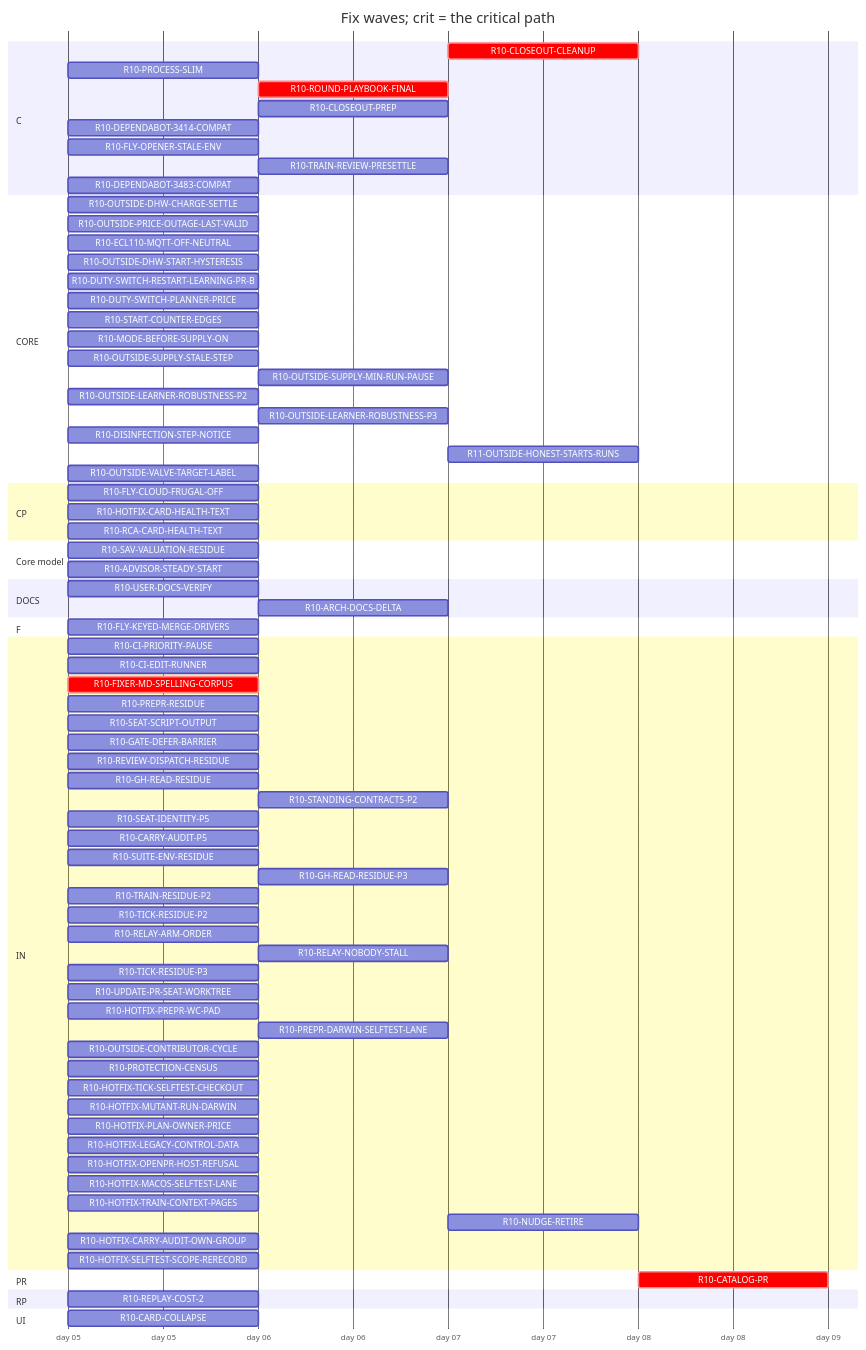
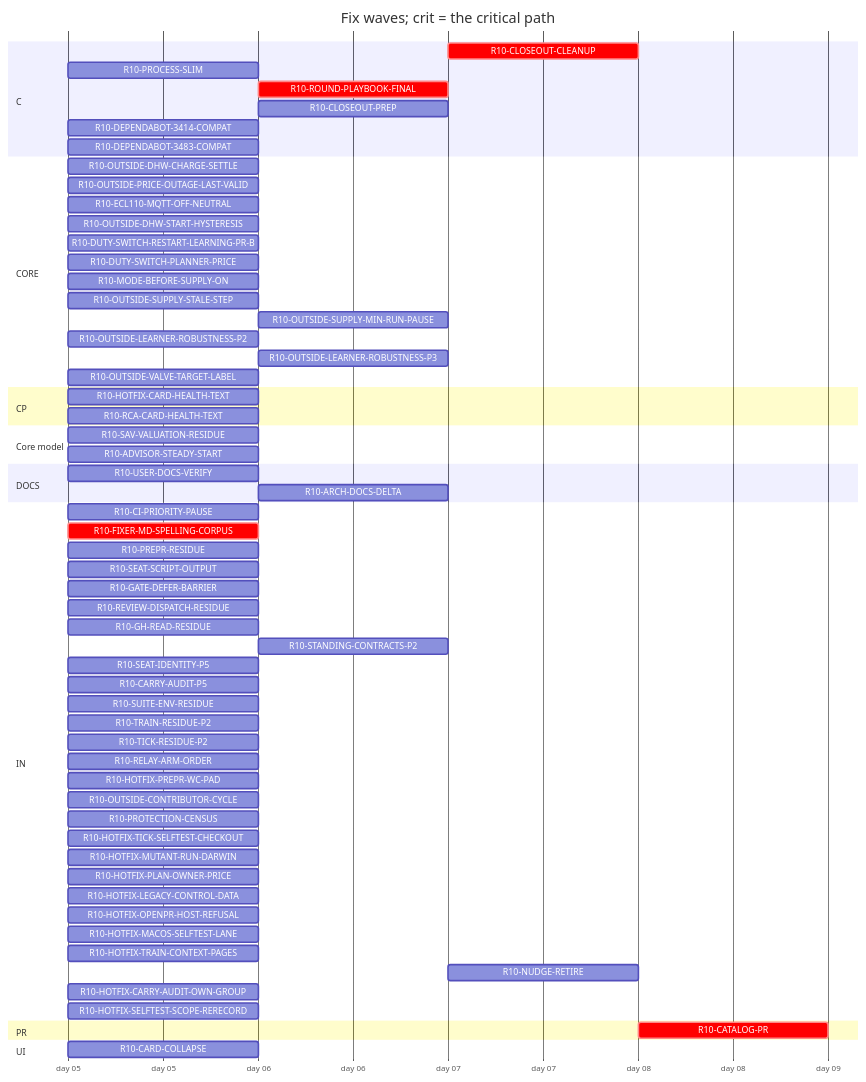
One commit to tvofi/heatpump_optimizer changed the diagram in handoff/round10/state/PLAN-TABLE.md. Above: the diagram before and after it, drawn with Mermaid. The commit also changed other lines of this file and 4 other files, not shown here.

Commit message:
state: FLOW-BOARD.md, NEXT-SESSION-PROMPT.md, PLAN-TABLE.md, PLAN.html, RESUME-CURRENT.md regenerated (state_docs.py)

````diff
--- a/handoff/round10/state/PLAN-TABLE.md
+++ b/handoff/round10/state/PLAN-TABLE.md
@@ -31,8 +29,6 @@
     R10-ROUND-PLAYBOOK-FINAL :crit, r10ROUNDPLAYBOOKFINAL, after r10FIXERMDSPELLINGCORPUS, 1d
     R10-CLOSEOUT-PREP :r10CLOSEOUTPREP, after r10FIXERMDSPELLINGCORPUS, 1d
     R10-DEPENDABOT-3414-COMPAT :r10DEPENDABOT3414COMPAT, 2026-01-05, 1d
-    R10-FLY-OPENER-STALE-ENV :r10FLYOPENERSTALEENV, 2026-01-05, 1d
-    R10-TRAIN-REVIEW-PRESETTLE :r10TRAINREVIEWPRESETTLE, after r10TRAINRESIDUEP2, 1d
     R10-DEPENDABOT-3483-COMPAT :r10DEPENDABOT3483COMPAT, 2026-01-05, 1d
   section CORE
     R10-OUTSIDE-DHW-CHARGE-SETTLE :r10OUTSIDEDHWCHARGESETTLE, 2026-01-05, 1d
@@ -41,17 +37,13 @@
     R10-OUTSIDE-DHW-START-HYSTERESIS :r10OUTSIDEDHWSTARTHYSTERESIS, 2026-01-05, 1d
     R10-DUTY-SWITCH-RESTART-LEARNING-PR-B :r10DUTYSWITCHRESTARTLEARNINGPRB, 2026-01-05, 1d
     R10-DUTY-SWITCH-PLANNER-PRICE :r10DUTYSWITCHPLANNERPRICE, 2026-01-05, 1d
-    R10-START-COUNTER-EDGES :r10STARTCOUNTEREDGES, 2026-01-05, 1d
     R10-MODE-BEFORE-SUPPLY-ON :r10MODEBEFORESUPPLYON, 2026-01-05, 1d
     R10-OUTSIDE-SUPPLY-STALE-STEP :r10OUTSIDESUPPLYSTALESTEP, 2026-01-05, 1d
     R10-OUTSIDE-SUPPLY-MIN-RUN-PAUSE :r10OUTSIDESUPPLYMINRUNPAUSE, after r10OUTSIDESUPPLYSTALESTEP, 1d
     R10-OUTSIDE-LEARNER-ROBUSTNESS-P2 :r10OUTSIDELEARNERROBUSTNESSP2, 2026-01-05, 1d
     R10-OUTSIDE-LEARNER-ROBUSTNESS-P3 :r10OUTSIDELEARNERROBUSTNESSP3, after r10OUTSIDELEARNERROBUSTNESSP2, 1d
-    R10-DISINFECTION-STEP-NOTICE :r10DISINFECTIONSTEPNOTICE, 2026-01-05, 1d
-    R11-OUTSIDE-HONEST-STARTS-RUNS :r11OUTSIDEHONESTSTARTSRUNS, after r10DUTYSWITCHPLANNERPRICE r10OUTSIDEDHWSTARTHYSTERESIS r10OUTSIDESUPPLYMINRUNPAUSE r10ADVISORSTEADYSTART, 1d
     R10-OUTSIDE-VALVE-TARGET-LABEL :r10OUTSIDEVALVETARGETLABEL, 2026-01-05, 1d
   section CP
-    R10-FLY-CLOUD-FRUGAL-OFF :r10FLYCLOUDFRUGALOFF, 2026-01-05, 1d
     R10-HOTFIX-CARD-HEALTH-TEXT :r10HOTFIXCARDHEALTHTEXT, 2026-01-05, 1d
     R10-RCA-CARD-HEALTH-TEXT :r10RCACARDHEALTHTEXT, 2026-01-05, 1d
   section Core model
@@ -60,11 +52,8 @@
   section DOCS
     R10-USER-DOCS-VERIFY :r10USERDOCSVERIFY, 2026-01-05, 1d
     R10-ARCH-DOCS-DELTA :r10ARCHDOCSDELTA, after r10SAVVALUATIONRESIDUE r10ADVISORSTEADYSTART r10PROCESSSLIM, 1d
-  section F
-    R10-FLY-KEYED-MERGE-DRIVERS :r10FLYKEYEDMERGEDRIVERS, 2026-01-05, 1d
   section IN
     R10-CI-PRIORITY-PAUSE :r10CIPRIORITYPAUSE, 2026-01-05, 1d
-    R10-CI-EDIT-RUNNER :r10CIEDITRUNNER, 2026-01-05, 1d
     R10-FIXER-MD-SPELLING-CORPUS :crit, r10FIXERMDSPELLINGCORPUS, 2026-01-05, 1d
     R10-PREPR-RESIDUE :r10PREPRRESIDUE, 2026-01-05, 1d
     R10-SEAT-SCRIPT-OUTPUT :r10SEATSCRIPTOUTPUT, 2026-01-05, 1d
@@ -75,15 +64,10 @@
     R10-SEAT-IDENTITY-P5 :r10SEATIDENTITYP5, 2026-01-05, 1d
     R10-CARRY-AUDIT-P5 :r10CARRYAUDITP5, 2026-01-05, 1d
     R10-SUITE-ENV-RESIDUE :r10SUITEENVRESIDUE, 2026-01-05, 1d
-    R10-GH-READ-RESIDUE-P3 :r10GHREADRESIDUEP3, after r10GHREADRESIDUE, 1d
     R10-TRAIN-RESIDUE-P2 :r10TRAINRESIDUEP2, 2026-01-05, 1d
     R10-TICK-RESIDUE-P2 :r10TICKRESIDUEP2, 2026-01-05, 1d
     R10-RELAY-ARM-ORDER :r10RELAYARMORDER, 2026-01-05, 1d
-    R10-RELAY-NOBODY-STALL :r10RELAYNOBODYSTALL, after r10RELAYARMORDER r10REVIEWDISPATCHRESIDUE, 1d
-    R10-TICK-RESIDUE-P3 :r10TICKRESIDUEP3, 2026-01-05, 1d
-    R10-UPDATE-PR-SEAT-WORKTREE :r10UPDATEPRSEATWORKTREE, 2026-01-05, 1d
     R10-HOTFIX-PREPR-WC-PAD :r10HOTFIXPREPRWCPAD, 2026-01-05, 1d
-    R10-PREPR-DARWIN-SELFTEST-LANE :r10PREPRDARWINSELFTESTLANE, after r10HOTFIXPREPRWCPAD, 1d
     R10-OUTSIDE-CONTRIBUTOR-CYCLE :r10OUTSIDECONTRIBUTORCYCLE, 2026-01-05, 1d
     R10-PROTECTION-CENSUS :r10PROTECTIONCENSUS, 2026-01-05, 1d
     R10-HOTFIX-TICK-SELFTEST-CHECKOUT :r10HOTFIXTICKSELFTESTCHECKOUT, 2026-01-05, 1d
@@ -98,8 +82,6 @@
     R10-HOTFIX-SELFTEST-SCOPE-RERECORD :r10HOTFIXSELFTESTSCOPERERECORD, 2026-01-05, 1d
   section PR
     R10-CATALOG-PR :crit, r10CATALOGPR, after r10USERDOCSVERIFY r10ROUNDPLAYBOOKFINAL r10CLOSEOUTCLEANUP r10CLOSEOUTPREP r10ARCHDOCSDELTA, 1d
-  section RP
-    R10-REPLAY-COST-2 :r10REPLAYCOST2, 2026-01-05, 1d
   section UI
     R10-CARD-COLLAPSE :r10CARDCOLLAPSE, 2026-01-05, 1d
 ```
````
